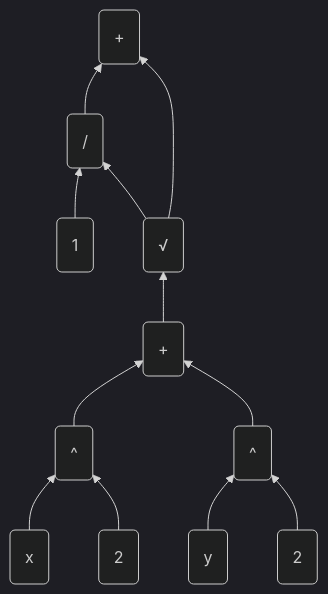
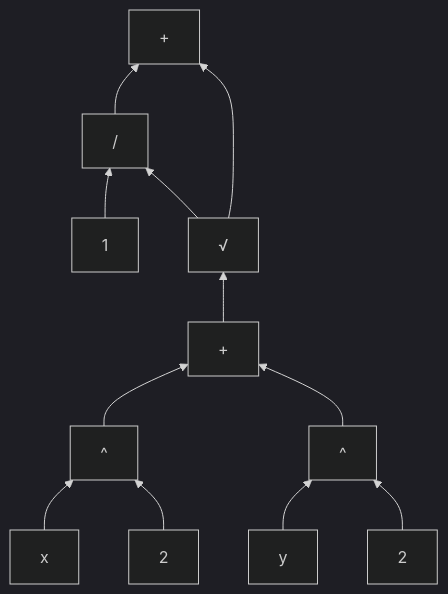
One commit to bogedy/bogedy.github.io changed the third of 5 diagrams in content/blog/struck.md. Above: the diagram before and after it, drawn with Mermaid (dark theme). The commit also changed other lines of this file and 4 other files, not shown here.

````diff
--- a/content/blog/struck.md
+++ b/content/blog/struck.md
@@ -171,14 +171,14 @@
 ```mermaid
 flowchart BT 
-  D(/) --> P(+) 
-  O(1) --> D
-  S1("√") --> D
-  P1(+) --> S1
-  E11(^) --> P1
-  X1(x) --> E11
-  T11(2) --> E11
-  E12(^) --> P1
-  Y1(y) --> E12
-  T12(2) --> E12
+  D["/"] --> P[+] 
+  O[1] --> D
+  S1["√"] --> D
+  P1[+] --> S1
+  E11[^] --> P1
+  X1[x] --> E11
+  T11[2] --> E11
+  E12[^] --> P1
+  Y1[y] --> E12
+  T12[2] --> E12
   S1 --> P
 ```
````
